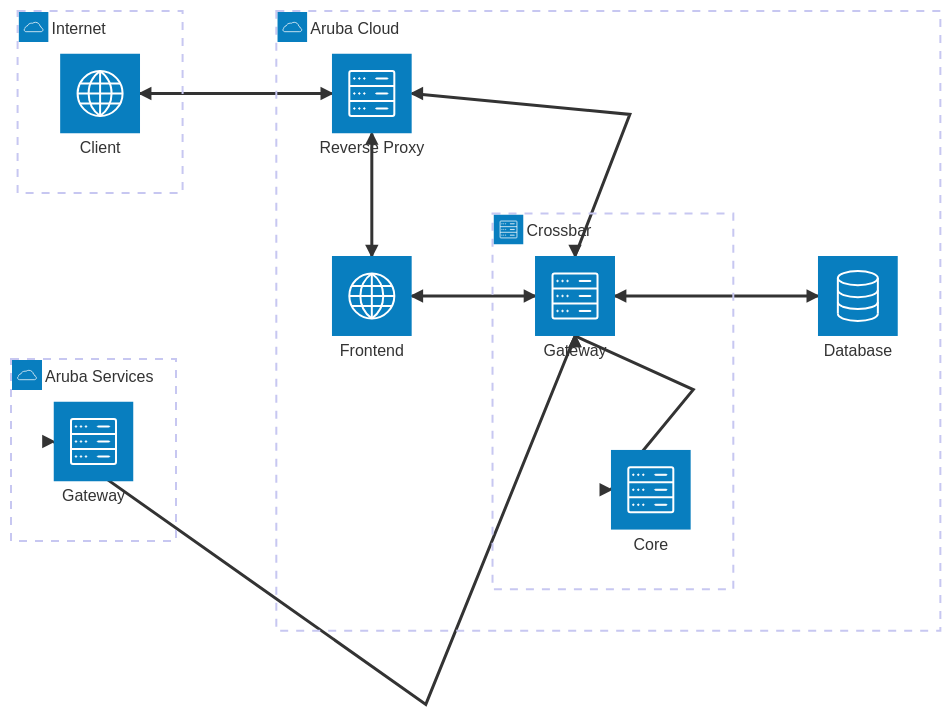
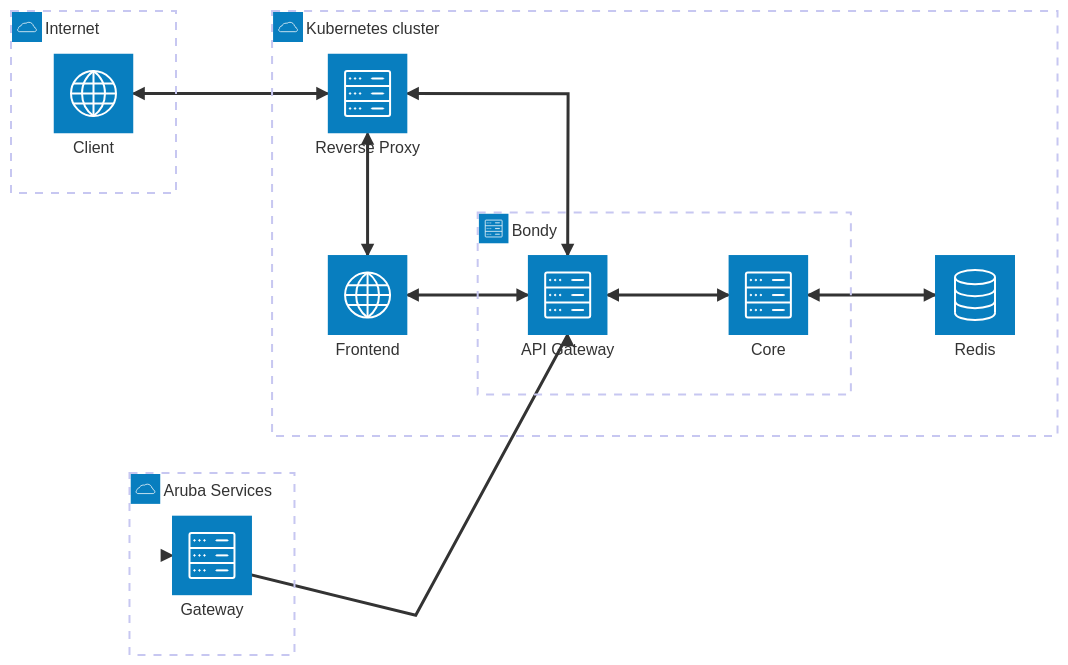
Before and after one commit to GiacobboNicola/Team3: the diagram in docs/architecture.md, drawn with Mermaid. The commit also changed 3 other files, not shown here.

Commit message:
docs: update READMEs and diagrams

````diff
--- a/docs/architecture.md
+++ b/docs/architecture.md
@@ -1,26 +1,25 @@
 ```mermaid
 architecture-beta
-    group aruba(cloud)[Aruba Cloud]
+    group aruba(cloud)[Kubernetes cluster]
     group services(cloud)[Aruba Services]
-    group bus(server)[Crossbar] in aruba
+    group bus(server)[Bondy] in aruba
     group internet(cloud)[Internet]
 
-        service gateway(server)[Gateway] in bus 
+        service gateway(server)[API Gateway] in bus 
         service core(server)[Core] in bus
-        service db(database)[Database] in aruba
+        service db(database)[Redis] in aruba
         service frontend(internet)[Frontend] in aruba
 
         service client(internet)[Client] in internet
 
         service api(server)[Gateway] in services
         service nginx(server)[Reverse Proxy] in aruba
 
     client:R <--> L:nginx
     nginx:B <--> T:frontend
-    frontend:R <--> L:gateway 
+    frontend:R <--> L:gateway
     nginx:R <--> T:gateway
-    gateway:B <--> L:core
+    gateway:R <--> L:core
     gateway:B <--> L:api
-    gateway:R <--> L:db
-
+    core:R <--> L:db
 ```
````
